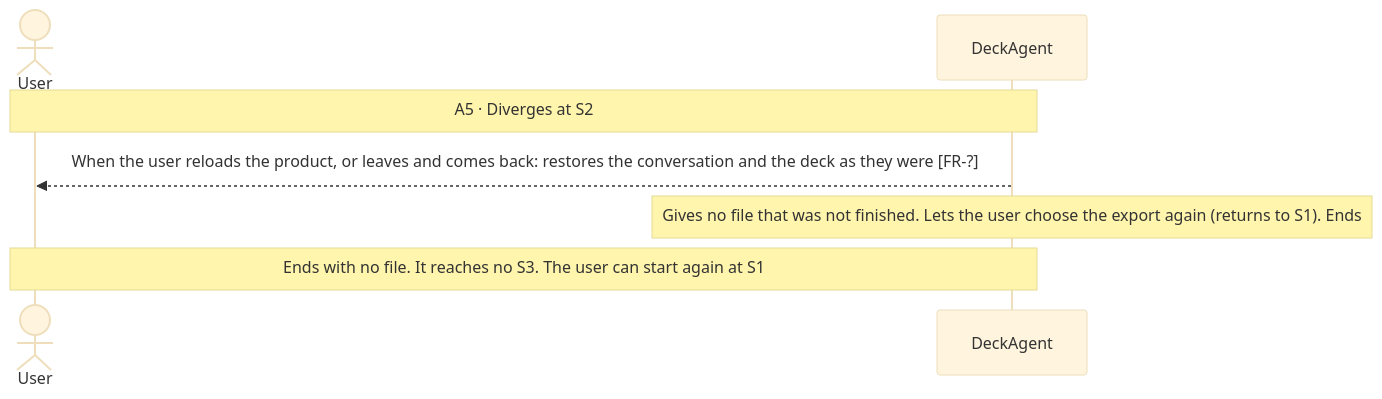
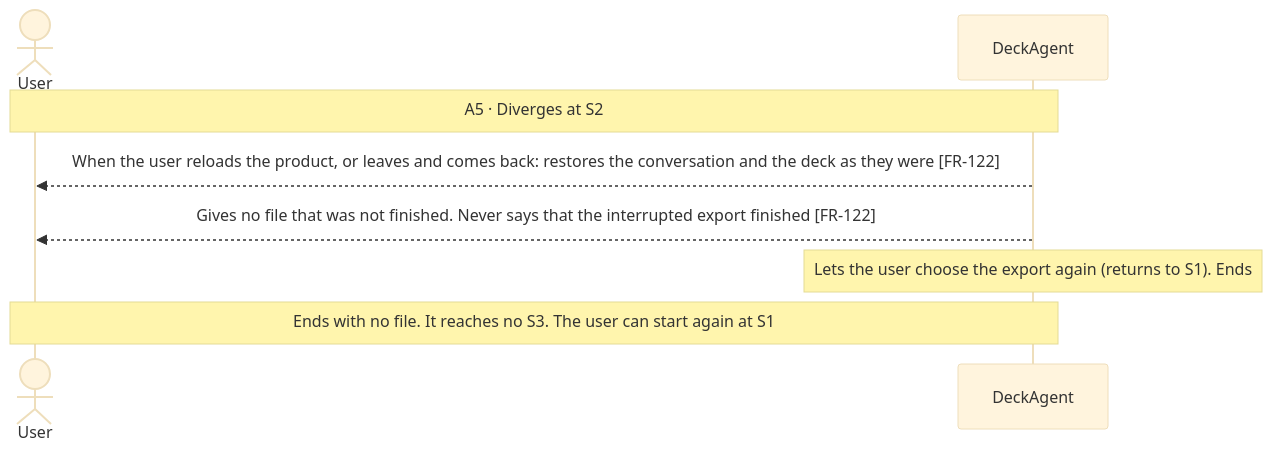
One commit to Luke23127006/DeckAgent changed the fourth of 11 diagrams in docs/spec/03-use-cases/UC-004.md. Above: the diagram before and after it, drawn with Mermaid (base theme). The commit also changed other lines of this file and 25 other files, not shown here.

First line of the commit message:
docs(spec): add generation format confirmation and deck export rules

````diff
--- a/docs/spec/03-use-cases/UC-004.md
+++ b/docs/spec/03-use-cases/UC-004.md
@@ -99,9 +96,10 @@
 ```mermaid
 sequenceDiagram
     actor User
     participant DeckAgent
     Note over User,DeckAgent: A5 · Diverges at S2
-    DeckAgent-->>User: When the user reloads the product, or leaves and comes back: restores the conversation and the deck as they were [FR-?]
-    note over DeckAgent: Gives no file that was not finished. Lets the user choose the export again (returns to S1). Ends
+    DeckAgent-->>User: When the user reloads the product, or leaves and comes back: restores the conversation and the deck as they were [FR-122]
+    DeckAgent-->>User: Gives no file that was not finished. Never says that the interrupted export finished [FR-122]
+    note over DeckAgent: Lets the user choose the export again (returns to S1). Ends
     Note over User,DeckAgent: Ends with no file. It reaches no S3. The user can start again at S1
 ```
````
